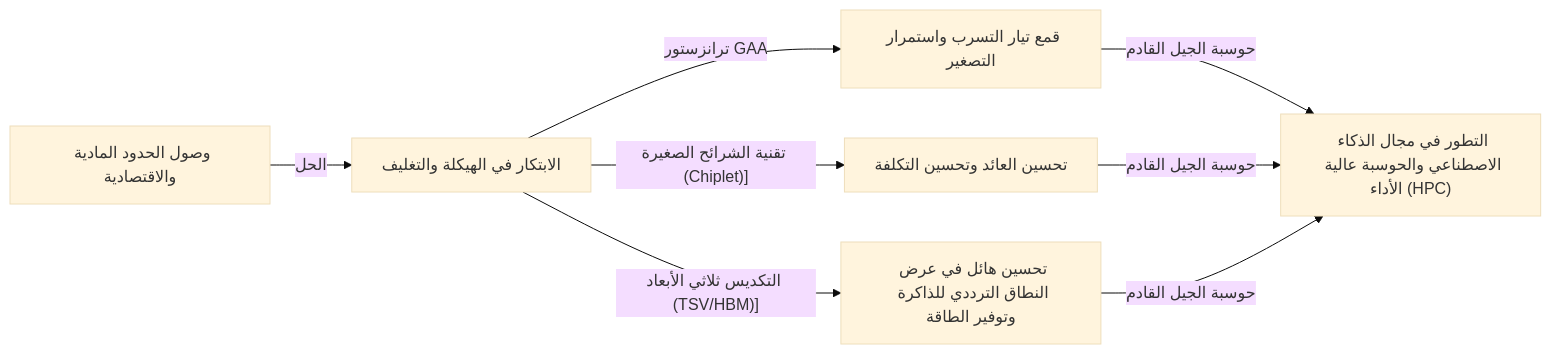
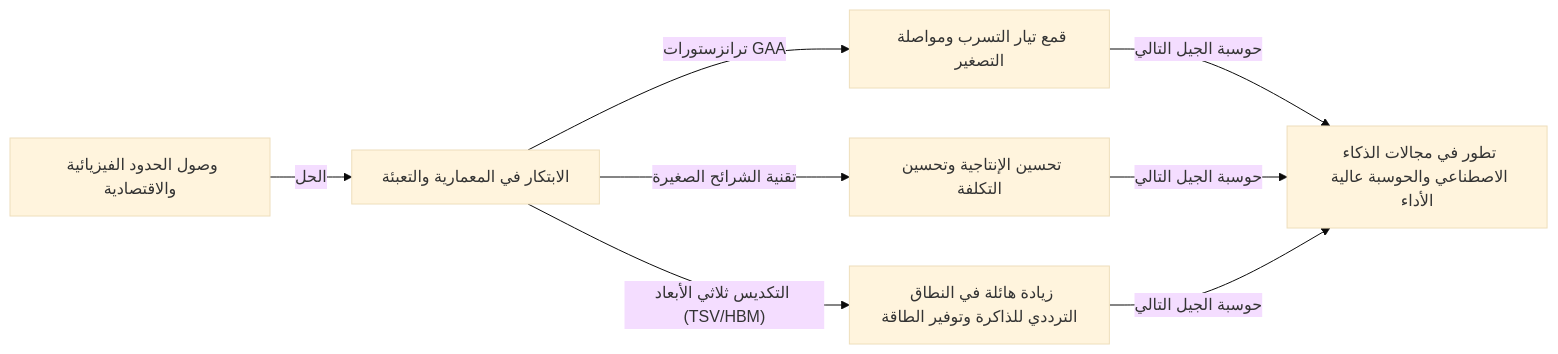
The second of 2 diagrams in content/post/business-moores-law/index.ar.md (kenjinote/blog), drawn with Mermaid (base theme) before and after one commit. The commit also changed other lines of this file and 40 other files, not shown here.

````diff
--- a/content/post/business-moores-law/index.ar.md
+++ b/content/post/business-moores-law/index.ar.md
@@ -111,10 +111,10 @@
 ```mermaid
 graph LR
-    A["وصول الحدود المادية والاقتصادية"] -- "الحل" --> B["الابتكار في الهيكلة والتغليف"]
-    B -- "ترانزستور GAA" --> C["قمع تيار التسرب واستمرار التصغير"]
-    B -- "تقنية الشرائح الصغيرة (Chiplet)"] --> D["تحسين العائد وتحسين التكلفة"]
-    B -- "التكديس ثلاثي الأبعاد (TSV/HBM)"] --> E["تحسين هائل في عرض النطاق الترددي للذاكرة وتوفير الطاقة"]
-    C -- "حوسبة الجيل القادم" --> F["التطور في مجال الذكاء الاصطناعي والحوسبة عالية الأداء (HPC)"]
-    D -- "حوسبة الجيل القادم" --> F
-    E -- "حوسبة الجيل القادم" --> F
+    A["وصول الحدود الفيزيائية والاقتصادية"] -- "الحل" --> B["الابتكار في المعمارية والتعبئة"]
+    B -- "ترانزستورات GAA" --> C["قمع تيار التسرب ومواصلة التصغير"]
+    B -- "تقنية الشرائح الصغيرة" --> D["تحسين الإنتاجية وتحسين التكلفة"]
+    B -- "التكديس ثلاثي الأبعاد (TSV/HBM)" --> E["زيادة هائلة في النطاق الترددي للذاكرة وتوفير الطاقة"]
+    C -- "حوسبة الجيل التالي" --> F["تطور في مجالات الذكاء الاصطناعي والحوسبة عالية الأداء"]
+    D -- "حوسبة الجيل التالي" --> F
+    E -- "حوسبة الجيل التالي" --> F
 ```
````
